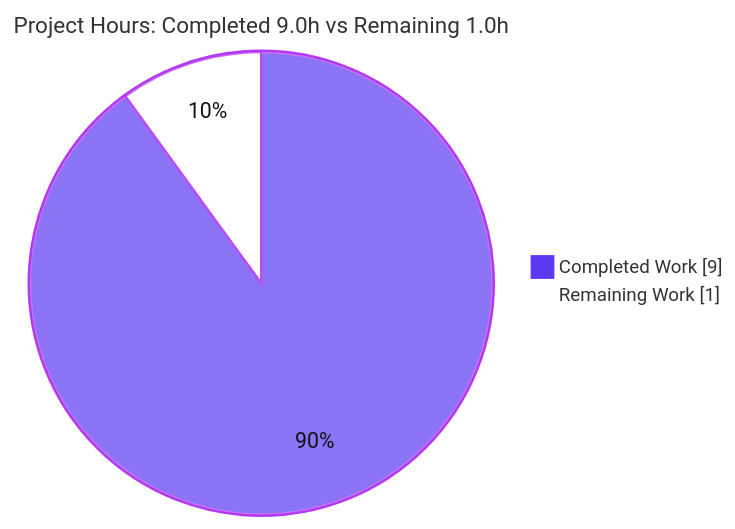
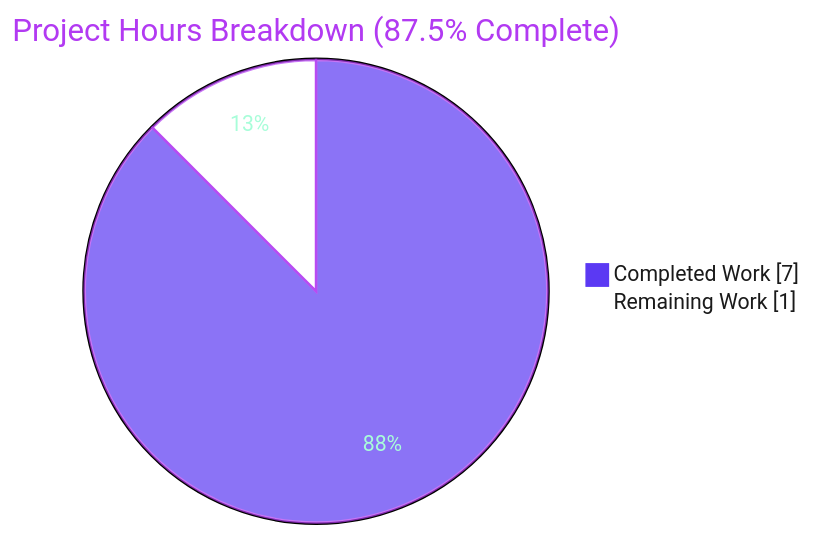
Before and after one commit to shaliniblitzy/13_feb_2_3: the second of 4 diagrams in blitzy/documentation/Project Guide.md, drawn with Mermaid. The commit also changed other lines of this file, not shown here.

Commit message:
Adding Blitzy Project Guide: Project Status and Human Tasks Remaining

````diff
--- a/blitzy/documentation/Project Guide.md
+++ b/blitzy/documentation/Project Guide.md
@@ -180,6 +197,6 @@
 ```mermaid
-%%{init: {'theme':'base', 'themeVariables': {'pie1':'#5B39F3','pie2':'#FFFFFF','pieStrokeColor':'#B23AF2','pieStrokeWidth':'2px','pieOuterStrokeWidth':'2px','pieOuterStrokeColor':'#B23AF2','pieSectionTextColor':'#111111','pieTitleTextSize':'18px','pieLegendTextSize':'15px'}}}%%
-pie showData title Project Hours: Completed 9.0h vs Remaining 1.0h
-    "Completed Work" : 9
+%%{init: {"theme":"base","themeVariables":{"pie1":"#5B39F3","pie2":"#FFFFFF","pieStrokeColor":"#B23AF2","pieStrokeWidth":"2px","pieOuterStrokeWidth":"2px","pieSectionTextColor":"#A8FDD9","pieLegendTextColor":"#1A1A1A","pieTitleTextColor":"#B23AF2"}}}%%
+pie showData title Project Hours Breakdown (87.5% Complete)
+    "Completed Work" : 7
     "Remaining Work" : 1
 ```
````
